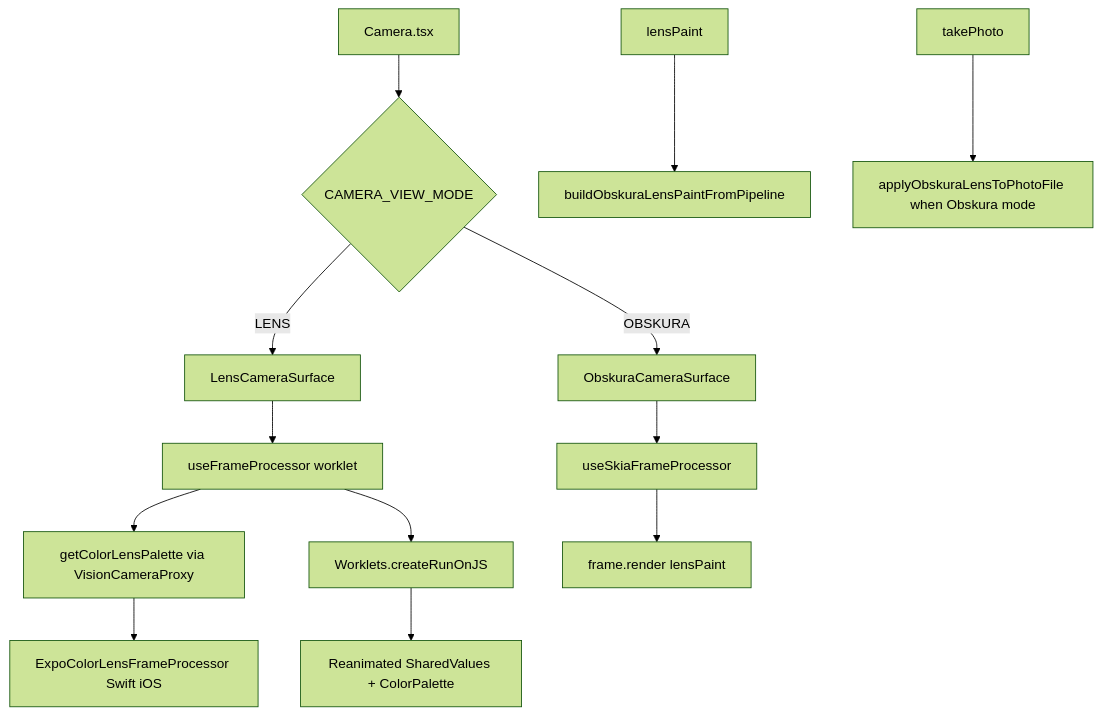
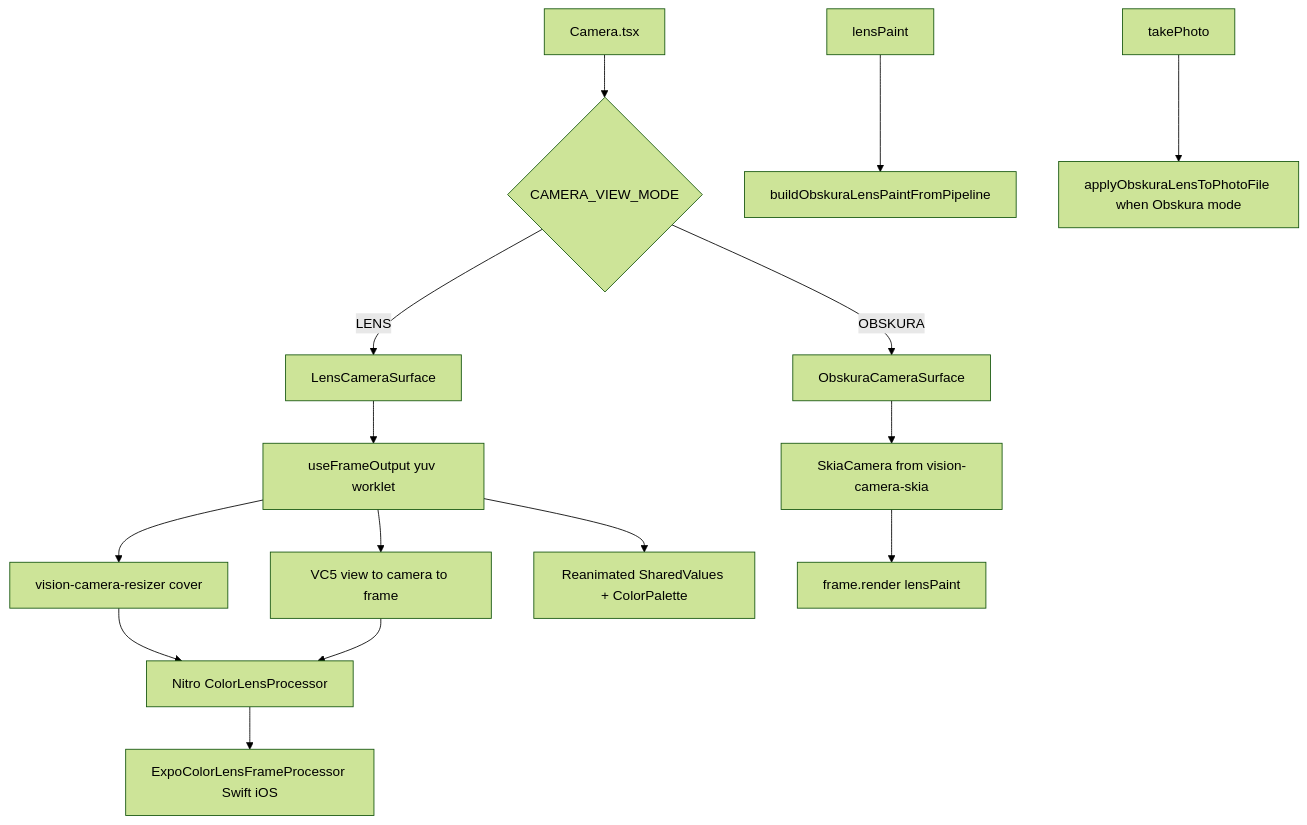
One commit to keithbmccall/affirmations changed the second of 2 diagrams in lib/features/Lens/README.md. Above: the diagram before and after it, drawn with Mermaid (forest theme). The commit also changed other lines of this file and 353 other files, not shown here.

````diff
--- a/lib/features/Lens/README.md
+++ b/lib/features/Lens/README.md
@@ -159,15 +160,17 @@
 ```mermaid
 flowchart TB
   Camera[Camera.tsx] --> mode{CAMERA_VIEW_MODE}
   mode -->|LENS| LensSurface[LensCameraSurface]
   mode -->|OBSKURA| ObskuraSurface[ObskuraCameraSurface]
-  LensSurface --> useFP[useFrameProcessor worklet]
-  useFP --> plugin[getColorLensPalette via VisionCameraProxy]
-  plugin --> ios[ExpoColorLensFrameProcessor Swift iOS]
-  useFP --> runOnJS[Worklets.createRunOnJS]
-  runOnJS --> paletteUI[Reanimated SharedValues + ColorPalette]
-  ObskuraSurface --> useSkia[useSkiaFrameProcessor]
+  LensSurface --> useFO[useFrameOutput yuv worklet]
+  useFO --> resizer[vision-camera-resizer cover]
+  resizer --> processor[Nitro ColorLensProcessor]
+  useFO --> coords[VC5 view to camera to frame]
+  coords --> processor
+  processor --> ios[ExpoColorLensFrameProcessor Swift iOS]
+  useFO --> paletteUI[Reanimated SharedValues + ColorPalette]
+  ObskuraSurface --> useSkia[SkiaCamera from vision-camera-skia]
   useSkia --> render[frame.render lensPaint]
   lensPaint --> buildPaint[buildObskuraLensPaintFromPipeline]
   capture[takePhoto] --> applyStill[applyObskuraLensToPhotoFile when Obskura mode]
 ```
````
